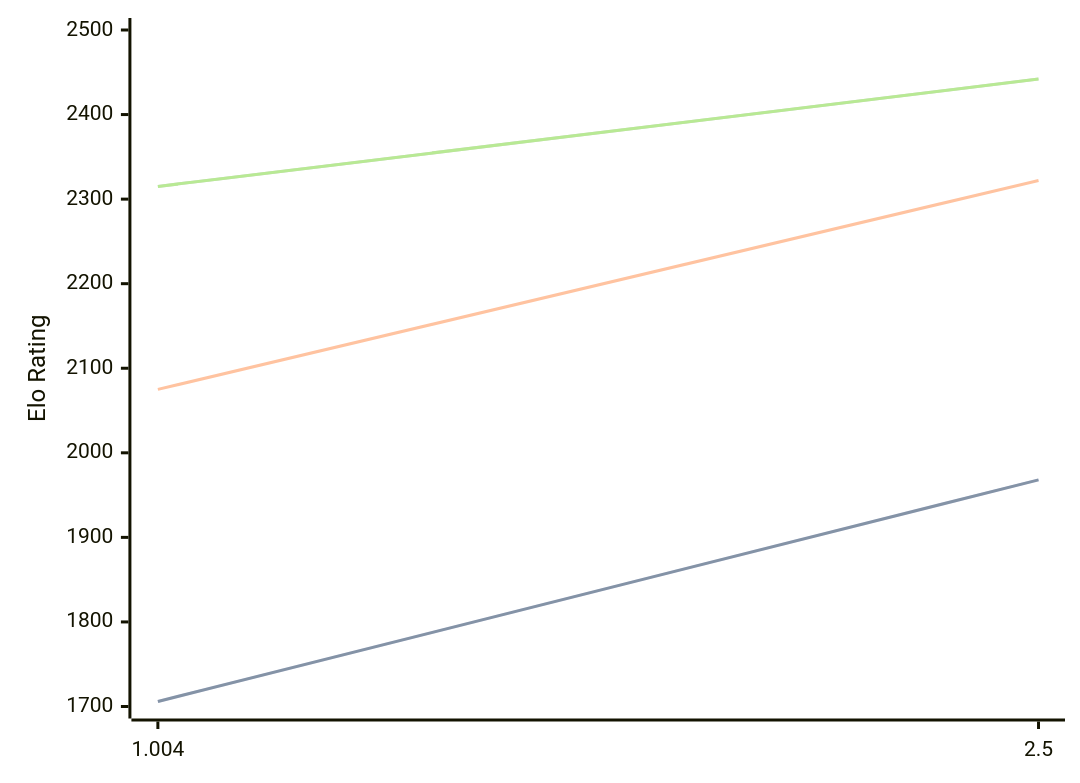
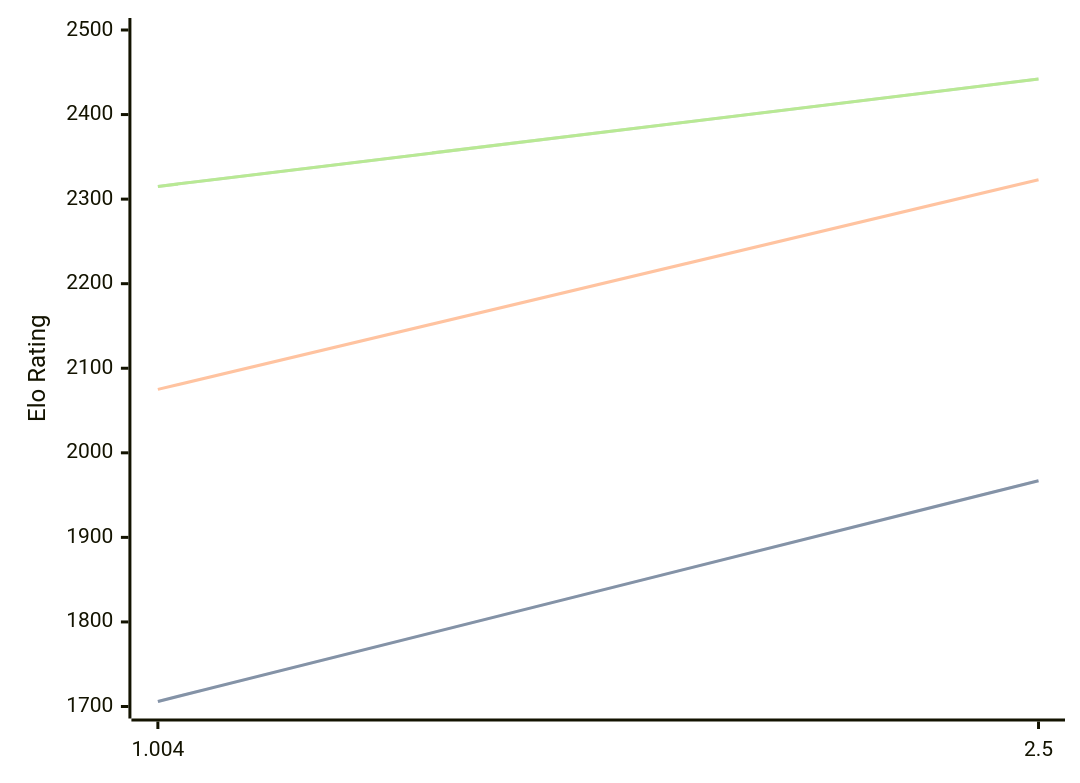
Before and after one commit to computer-chess-index/cci: the diagram in engines/Ares.md, drawn with Mermaid. The commit also changed other lines of this file, not shown here.

````diff
--- a/engines/Ares.md
+++ b/engines/Ares.md
@@ -32,11 +32,11 @@
 ```mermaid
 %%{init: {"theme":"base","themeVariables":{"seriesColors:['#a3a3a3','#222221','#faa371']}}}%%
 xychart-beta
   x-axis ["1.004", "2.5"]
   y-axis "Elo Rating" 1700 --> 2500
-  line "" [1706, 1968]
-  line "STC (8.0+0.08s)" [1706, 1968]
-  line "LTC (60.0+0.60s)" [2075, 2322]
+  line "" [1706, 1967]
+  line "STC (8.0+0.08s)" [1706, 1967]
+  line "LTC (60.0+0.60s)" [2075, 2323]
   line "" [2315, 2442]
   line "VLTC (2m24s+1.12s)" [2315, 2442]
 ```
````
